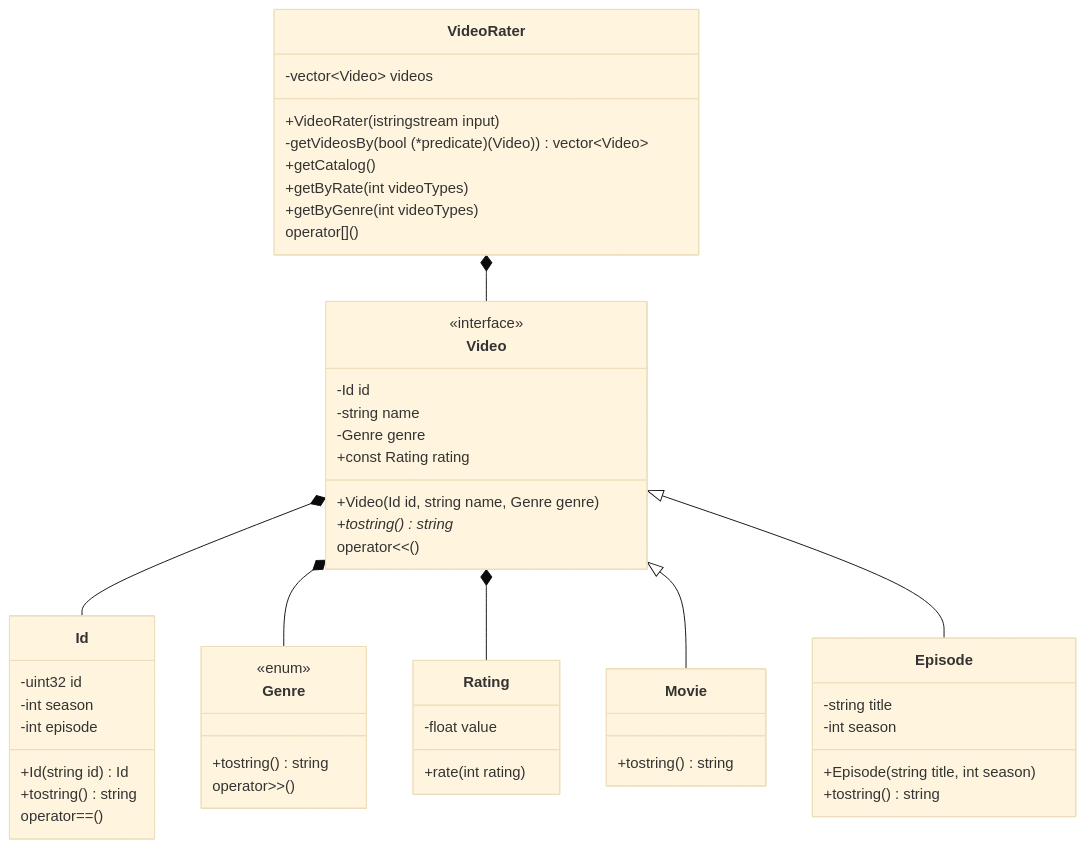
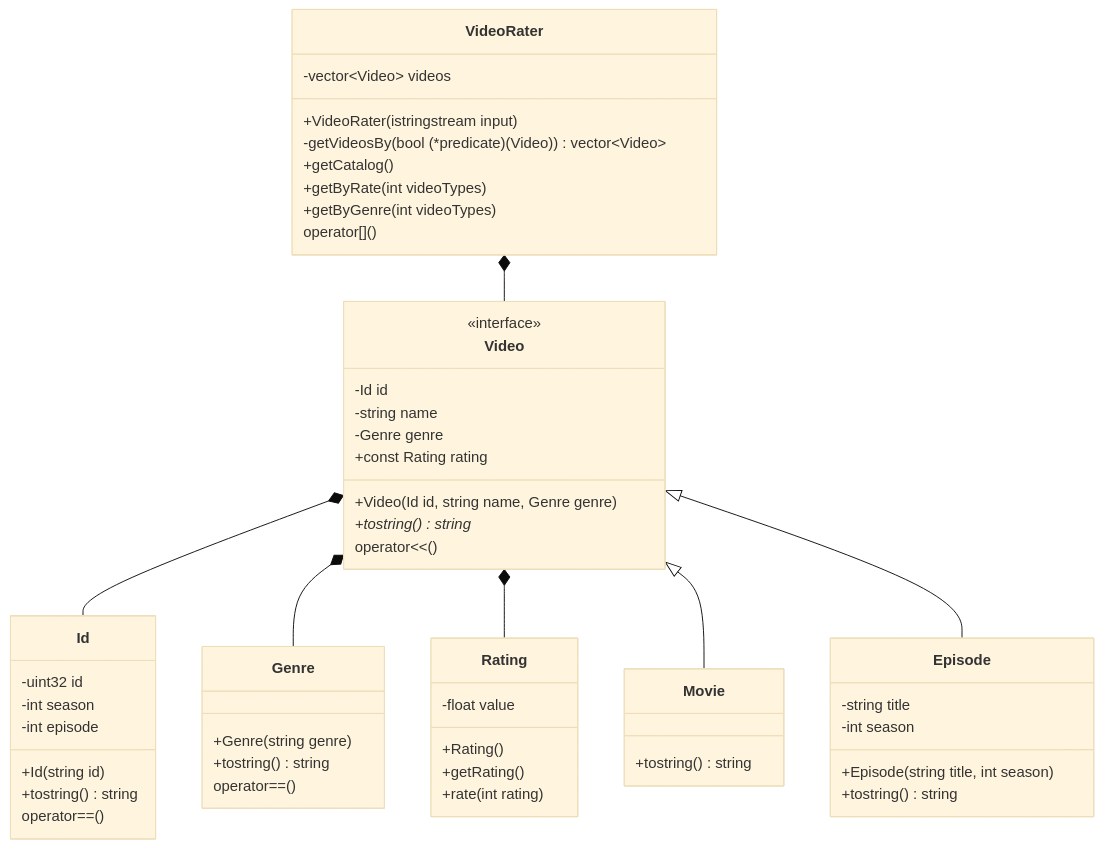
One commit to sebascert/oop-final changed the diagram in class_diagram.md. Above: the diagram before and after it, drawn with Mermaid (base theme). The commit also changed 4 other files, not shown here.

````diff
--- a/class_diagram.md
+++ b/class_diagram.md
@@ -1,55 +1,57 @@
 ```mermaid
 classDiagram
     class Id{
         -uint32 id
         -int season
         -int episode
-        +Id(string id) Id
+        +Id(string id)
         +tostring() string
         operator==()
     }
     class Genre{
-        <<enum>>
+        +Genre(string genre)
         +tostring() string
-        operator>>()
+        operator==()
     }
     class Rating{
         -float value
+        +Rating()
+        +getRating()
         +rate(int rating)
     }
     class Video {
         <<interface>>
         -Id id
         -string name
         -Genre genre
         +const Rating rating
         +Video(Id id, string name, Genre genre)
         +tostring()* string
         operator<<()
     }
     class Movie{
         +tostring() string
     }
     class Episode {
         -string title
         -int season
         +Episode(string title, int season)
         +tostring() string
     }
     class VideoRater{
         -vector~Video~ videos
         +VideoRater(istringstream input)
         -getVideosBy(bool (*predicate)(Video)) vector~Video~
         +getCatalog()
         +getByRate(int videoTypes)
         +getByGenre(int videoTypes)
         operator[]()
     }
 
     Video *-- Id
     Video *-- Genre
     Video *-- Rating
     Video <|-- Movie
     Video <|-- Episode
     VideoRater *-- Video
 ```
````
